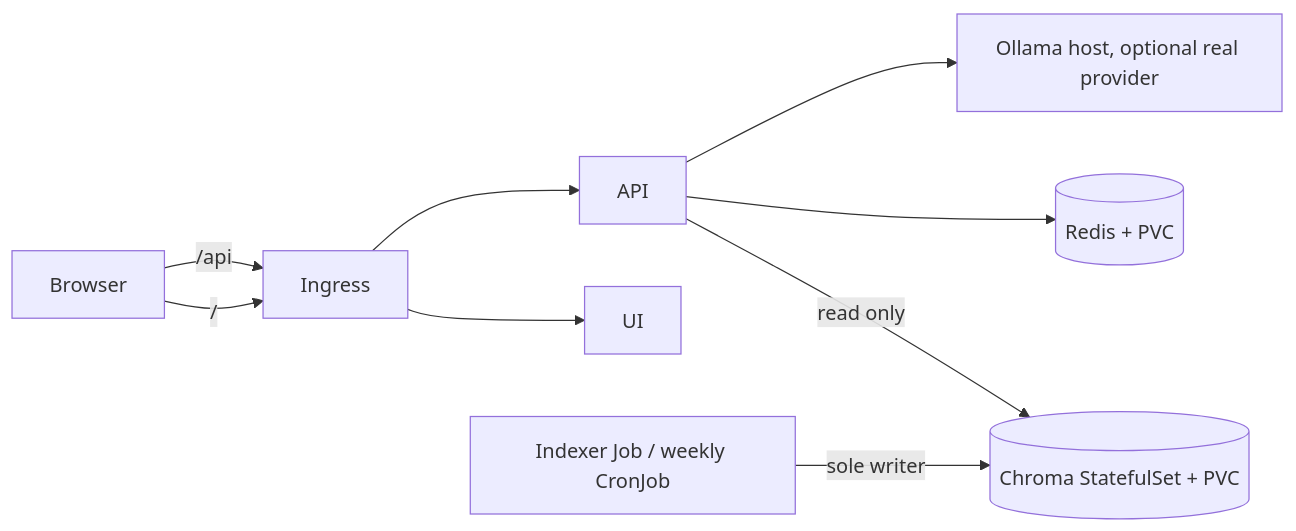
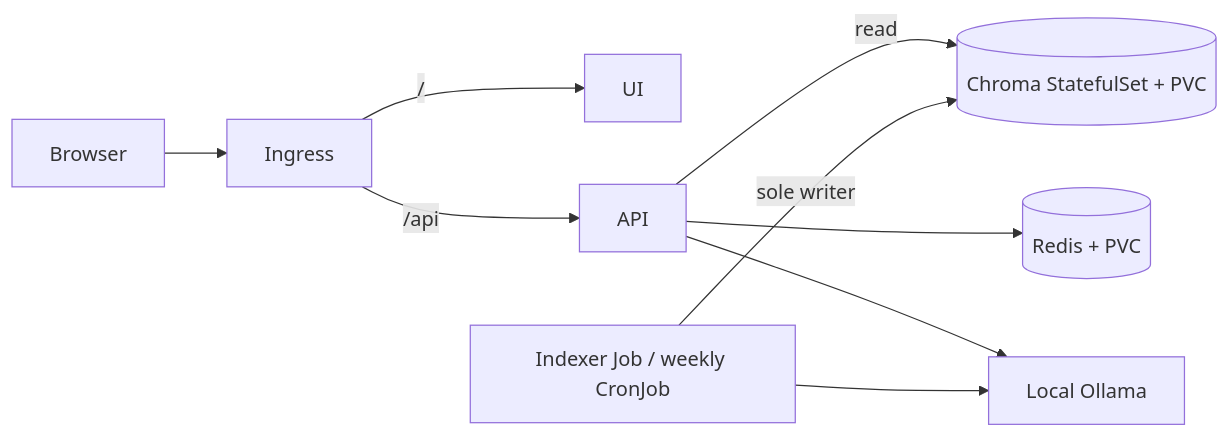
Before and after one commit to momnakhan24/rahbar: the diagram in README.md, drawn with Mermaid. The commit also changed other lines of this file, not shown here.

````diff
--- a/README.md
+++ b/README.md
@@ -17,9 +11,11 @@
 ```mermaid
 flowchart LR
-  Browser -->|/| Ingress --> UI
-  Browser -->|/api| Ingress --> API
-  API -->|read only| Chroma[(Chroma StatefulSet + PVC)]
+  Browser --> Ingress
+  Ingress -->|/| UI
+  Ingress -->|/api| API
+  API -->|read| Chroma[(Chroma StatefulSet + PVC)]
   API --> Redis[(Redis + PVC)]
-  Indexer[Indexer Job / weekly CronJob] -->|sole writer| Chroma
-  API --> Ollama[Ollama host, optional real provider]
+  Job[Indexer Job / weekly CronJob] -->|sole writer| Chroma
+  API --> Ollama[Local Ollama]
+  Job --> Ollama
 ```
````
